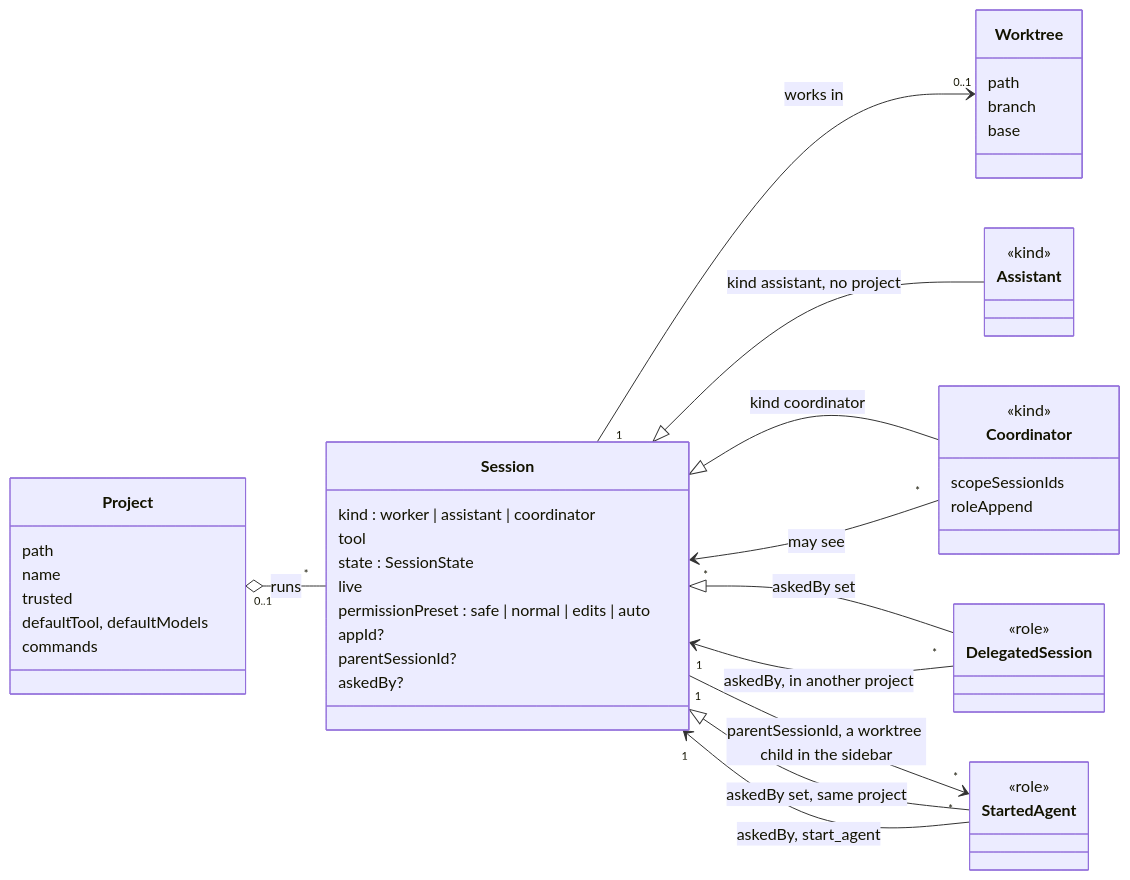
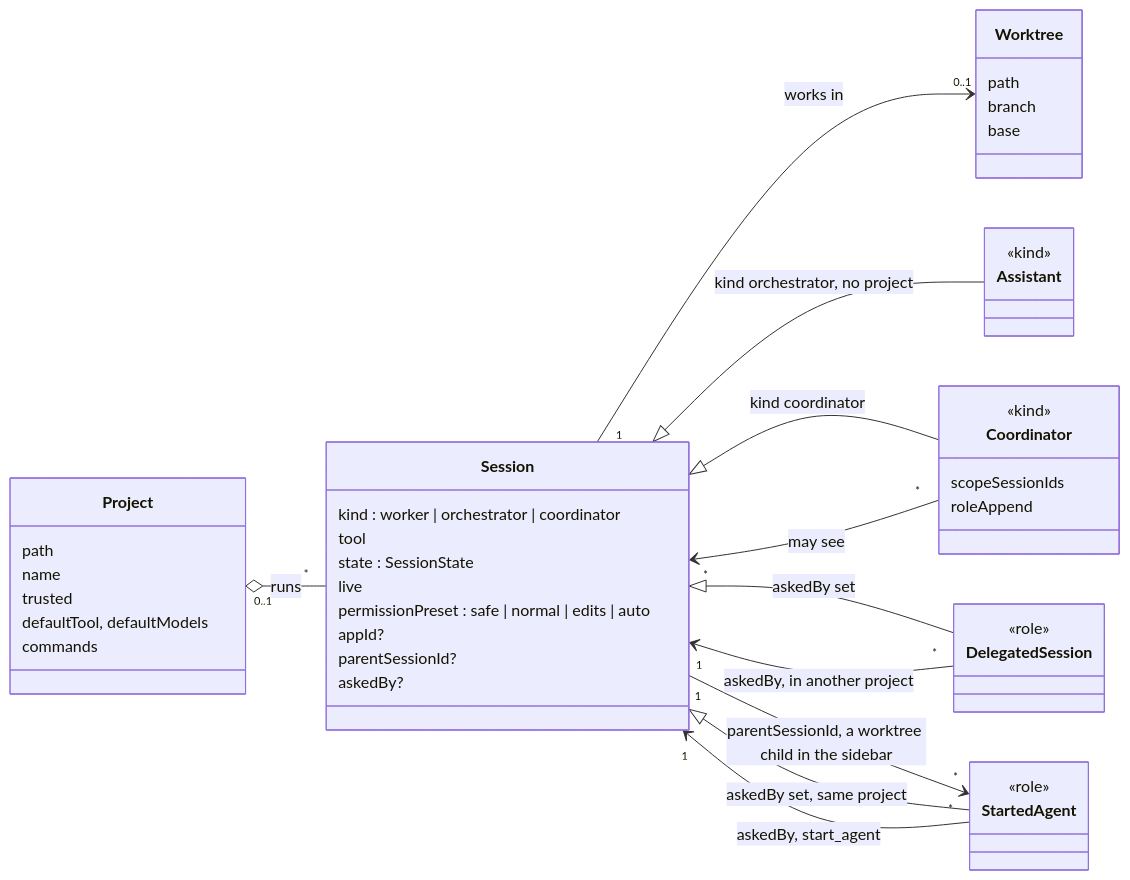
Before and after one commit to ijun17/centralu: the first of 11 diagrams in docs/domain-model.md, drawn with Mermaid. The commit also changed other lines of this file and 20 other files, not shown here.

````diff
--- a/docs/domain-model.md
+++ b/docs/domain-model.md
@@ -151,50 +151,50 @@
 ```mermaid
 classDiagram
   direction LR
   class Project {
     path
     name
     trusted
     defaultTool, defaultModels
     commands
   }
   class Session {
-    kind : worker | assistant | coordinator
+    kind : worker | orchestrator | coordinator
     tool
     state : SessionState
     live
     permissionPreset : safe | normal | edits | auto
     appId?
     parentSessionId?
     askedBy?
   }
   class Worktree {
     path
     branch
     base
   }
   class Assistant {
     <<kind>>
   }
   class Coordinator {
     <<kind>>
     scopeSessionIds
     roleAppend
   }
   class DelegatedSession {
     <<role>>
   }
   class StartedAgent {
     <<role>>
   }
   Project "0..1" o-- "*" Session : runs
   Session "1" --> "0..1" Worktree : works in
-  Session <|-- Assistant : kind assistant, no project
+  Session <|-- Assistant : kind orchestrator, no project
   Session <|-- Coordinator : kind coordinator
   Session <|-- DelegatedSession : askedBy set
   Session "1" --> "*" StartedAgent : parentSessionId, a worktree child in the sidebar
   DelegatedSession "*" --> "1" Session : askedBy, in another project
   Session <|-- StartedAgent : askedBy set, same project
   StartedAgent "*" --> "1" Session : askedBy, start_agent
   Coordinator "*" --> "*" Session : may see
 ```
````
